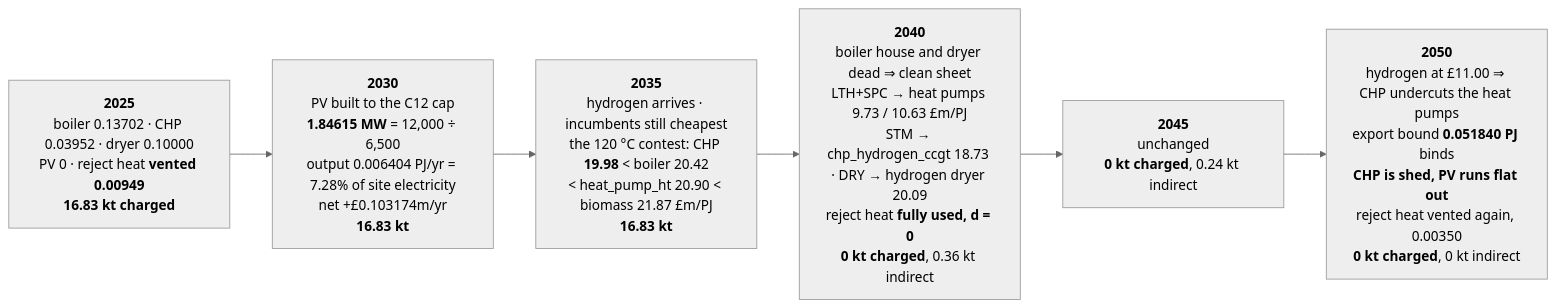
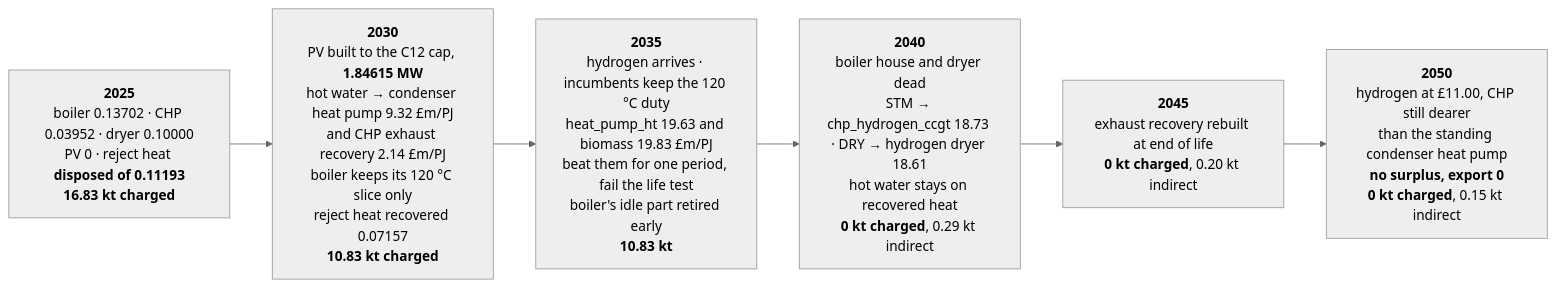
The seventh of 7 diagrams in docs/notes/19_worked_example_data_flow.md (AlexandreLab/comit), drawn with Mermaid (neutral theme) before and after one commit. The commit also changed other lines of this file and 4 other files, not shown here.

````diff
--- a/docs/notes/19_worked_example_data_flow.md
+++ b/docs/notes/19_worked_example_data_flow.md
@@ -332,11 +335,11 @@
 ```mermaid
 flowchart LR
-  T25["<b>2025</b><br/>boiler 0.13702 · CHP 0.03952 · dryer 0.10000<br/>PV 0 · reject heat <b>vented 0.00949</b><br/><b>16.83 kt charged</b>"]
-  T30["<b>2030</b><br/>PV built to the C12 cap<br/><b>1.84615 MW</b> = 12,000 ÷ 6,500<br/>output 0.006404 PJ/yr = 7.28% of site electricity<br/>net +£0.103174m/yr<br/><b>16.83 kt</b>"]
-  T35["<b>2035</b><br/>hydrogen arrives · incumbents still cheapest<br/>the 120 °C contest: CHP <b>19.98</b> &lt; boiler 20.42<br/>&lt; heat_pump_ht 20.90 &lt; biomass 21.87 £m/PJ<br/><b>16.83 kt</b>"]
-  T40["<b>2040</b><br/>boiler house and dryer dead ⇒ clean sheet<br/>LTH+SPC → heat pumps 9.73 / 10.63 £m/PJ<br/>STM → chp_hydrogen_ccgt 18.73 · DRY → hydrogen dryer 20.09<br/>reject heat <b>fully used, d = 0</b><br/><b>0 kt charged</b>, 0.36 kt indirect"]
-  T45["<b>2045</b><br/>unchanged<br/><b>0 kt charged</b>, 0.24 kt indirect"]
-  T50["<b>2050</b><br/>hydrogen at £11.00 ⇒ CHP undercuts the heat pumps<br/>export bound <b>0.051840 PJ</b> binds<br/><b>CHP is shed, PV runs flat out</b><br/>reject heat vented again, 0.00350<br/><b>0 kt charged</b>, 0 kt indirect"]
+  T25["<b>2025</b><br/>boiler 0.13702 · CHP 0.03952 · dryer 0.10000<br/>PV 0 · reject heat <b>disposed of 0.11193</b><br/><b>16.83 kt charged</b>"]
+  T30["<b>2030</b><br/>PV built to the C12 cap, <b>1.84615 MW</b><br/>hot water → condenser heat pump 9.32 £m/PJ<br/>and CHP exhaust recovery 2.14 £m/PJ<br/>boiler keeps its 120 °C slice only<br/>reject heat recovered 0.07157<br/><b>10.83 kt charged</b>"]
+  T35["<b>2035</b><br/>hydrogen arrives · incumbents keep the 120 °C duty<br/>heat_pump_ht 19.63 and biomass 19.83 £m/PJ<br/>beat them for one period, fail the life test<br/>boiler's idle part retired early<br/><b>10.83 kt</b>"]
+  T40["<b>2040</b><br/>boiler house and dryer dead<br/>STM → chp_hydrogen_ccgt 18.73 · DRY → hydrogen dryer 18.61<br/>hot water stays on recovered heat<br/><b>0 kt charged</b>, 0.29 kt indirect"]
+  T45["<b>2045</b><br/>exhaust recovery rebuilt at end of life<br/><b>0 kt charged</b>, 0.20 kt indirect"]
+  T50["<b>2050</b><br/>hydrogen at £11.00, CHP still dearer<br/>than the standing condenser heat pump<br/><b>no surplus, export 0</b><br/><b>0 kt charged</b>, 0.15 kt indirect"]
 
   T25 --> T30 --> T35 --> T40 --> T45 --> T50
 ```
````
